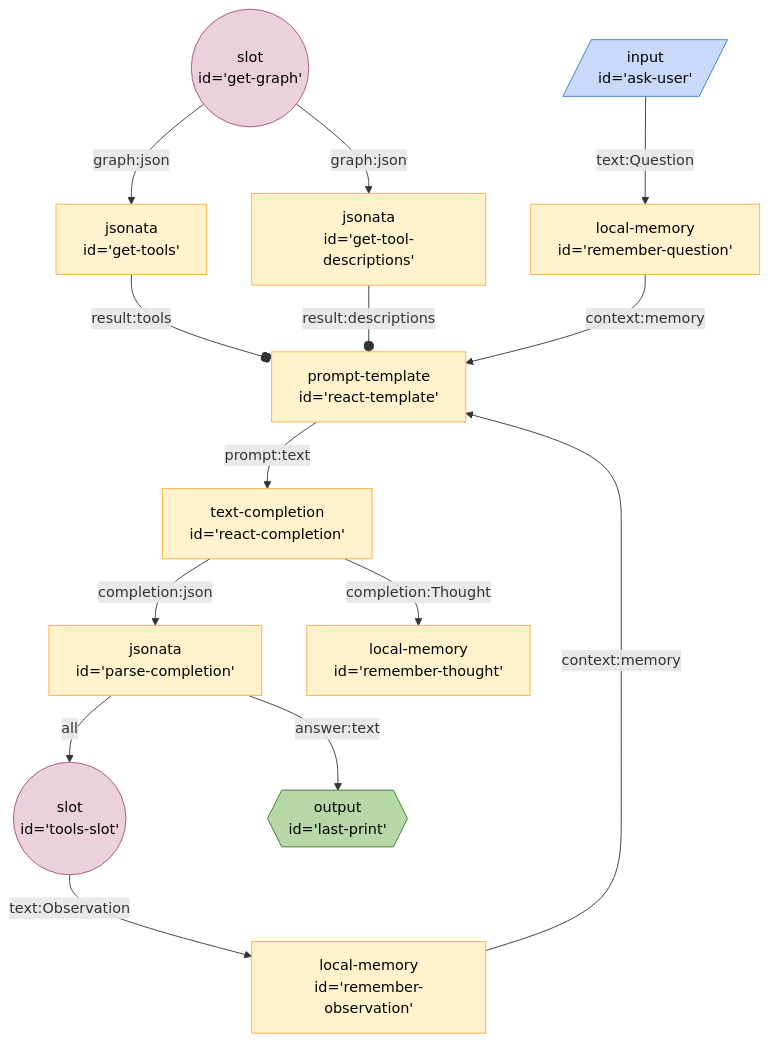
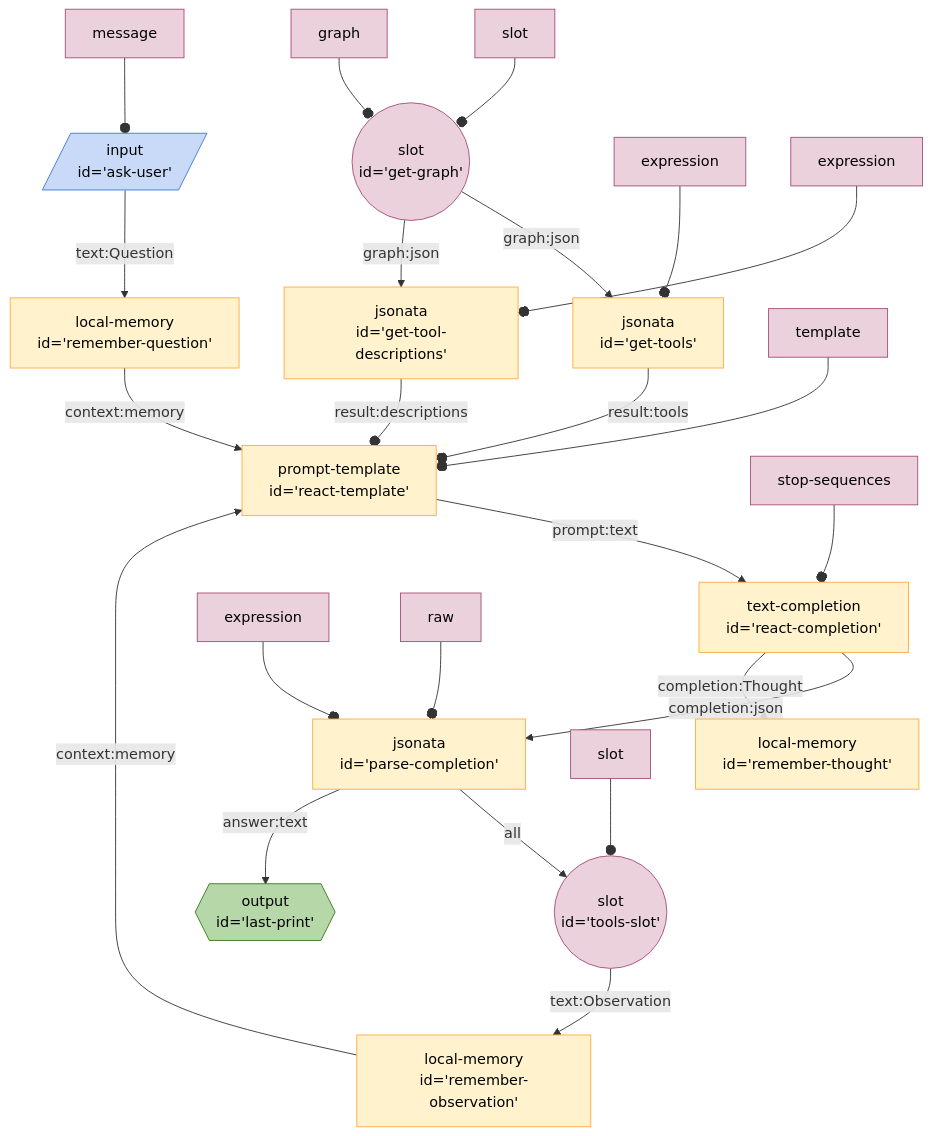
One commit to breadboard-ai/breadboard changed the diagram in seeds/graph-playground/docs/graphs/react-with-slot.md. Above: the diagram before and after it, drawn with Mermaid. The commit also changed 15 other files, not shown here.

First line of the commit message:
[graphs] Show `configuration` as constants.

````diff
--- a/seeds/graph-playground/docs/graphs/react-with-slot.md
+++ b/seeds/graph-playground/docs/graphs/react-with-slot.md
@@ -4,49 +4,60 @@
 ```mermaid
 %%{init: 'themeVariables': { 'fontFamily': 'Fira Code, monospace' }}%%
 graph TD;
 getgraph(("slot
 id='get-graph'")):::slot -- graph:json --> gettools["jsonata
 id='get-tools'"]
 getgraph(("slot
 id='get-graph'")):::slot -- graph:json --> gettooldescriptions["jsonata
 id='get-tool-descriptions'"]
 gettools["jsonata
 id='get-tools'"] -- result:tools --o reacttemplate["prompt-template
 id='react-template'"]
 gettooldescriptions["jsonata
 id='get-tool-descriptions'"] -- result:descriptions --o reacttemplate["prompt-template
 id='react-template'"]
 askuser[/"input
 id='ask-user'"/]:::input -- text:Question --> rememberquestion["local-memory
 id='remember-question'"]
 rememberquestion["local-memory
 id='remember-question'"] -- context:memory --> reacttemplate["prompt-template
 id='react-template'"]
 reacttemplate["prompt-template
 id='react-template'"] -- prompt:text --> reactcompletion["text-completion
 id='react-completion'"]
 reactcompletion["text-completion
 id='react-completion'"] -- completion:json --> parsecompletion["jsonata
 id='parse-completion'"]
 reactcompletion["text-completion
 id='react-completion'"] -- completion:Thought --> rememberthought["local-memory
 id='remember-thought'"]
 parsecompletion["jsonata
 id='parse-completion'"] -- all --> toolsslot(("slot
 id='tools-slot'")):::slot
 toolsslot(("slot
 id='tools-slot'")):::slot -- text:Observation --> rememberobservation["local-memory
 id='remember-observation'"]
 rememberobservation["local-memory
 id='remember-observation'"] -- context:memory --> reacttemplate["prompt-template
 id='react-template'"]
 parsecompletion["jsonata
 id='parse-completion'"] -- answer:text --> lastprint{{"output
 id='last-print'"}}:::output
+templatereacttemplate[template]:::config --o reacttemplate
+messageaskuser[message]:::config --o askuser
+stopsequencesreactcompletion[stop-sequences]:::config --o reactcompletion
+slotgetgraph[slot]:::config --o getgraph
+graphgetgraph[graph]:::config --o getgraph
+expressiongettools[expression]:::config --o gettools
+expressiongettooldescriptions[expression]:::config --o gettooldescriptions
+expressionparsecompletion[expression]:::config --o parsecompletion
+rawparsecompletion[raw]:::config --o parsecompletion
+slottoolsslot[slot]:::config --o toolsslot
 classDef default stroke:#ffab40,fill:#fff2ccff,color:#000
 classDef input stroke:#3c78d8,fill:#c9daf8ff,color:#000
 classDef output stroke:#38761d,fill:#b6d7a8ff,color:#000
 classDef passthrough stroke:#a64d79,fill:#ead1dcff,color:#000
 classDef slot stroke:#a64d79,fill:#ead1dcff,color:#000
+classDef config stroke:#a64d79,fill:#ead1dcff,color:#000
 classDef slotted stroke:#a64d79
 ```
````
